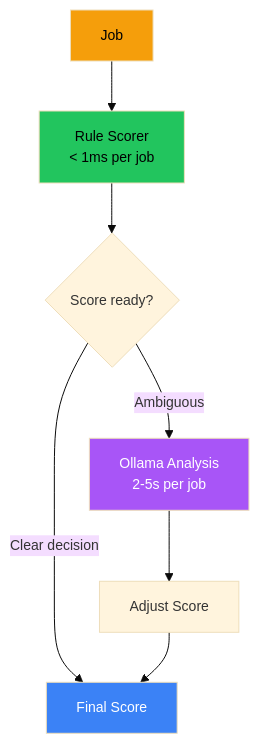
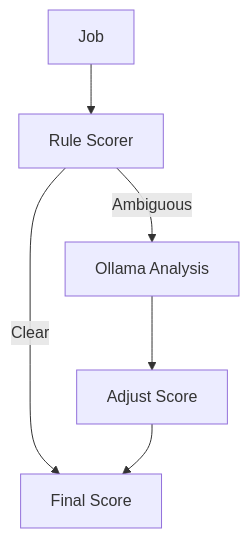
Before and after one commit to FiscalMindset/job: the fifth of 8 diagrams in ARCHITECTURE.md, drawn with Mermaid. The commit also changed other lines of this file, not shown here.

First line of the commit message:
docs: reorganize ARCHITECTURE.md into collapsible tabbed sections

````diff
--- a/ARCHITECTURE.md
+++ b/ARCHITECTURE.md
@@ -445,15 +306,8 @@
 ```mermaid
-%%{init: {'theme': 'base', 'themeVariables': { 'fontSize': '14px'}}}%%
 flowchart TD
-    JOB[Job] --> RULES[Rule Scorer<br/>< 1ms per job]
-    RULES --> SCORE{Score ready?}
-    SCORE -->|Clear decision| DONE[Final Score]
-    SCORE -->|Ambiguous| LLM[Ollama Analysis<br/>2-5s per job]
+    JOB[Job] --> RULES[Rule Scorer]
+    RULES -->|Clear| DONE[Final Score]
+    RULES -->|Ambiguous| LLM[Ollama Analysis]
     LLM --> ADJUST[Adjust Score]
     ADJUST --> DONE
-
-    style JOB fill:#f59e0b,color:#000
-    style RULES fill:#22c55e,color:#000
-    style LLM fill:#a855f7,color:#fff
-    style DONE fill:#3b82f6,color:#fff
 ```
````
